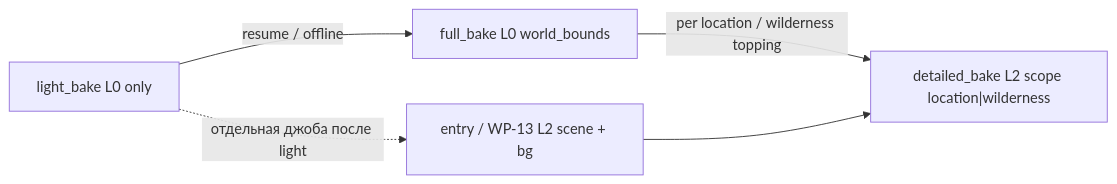
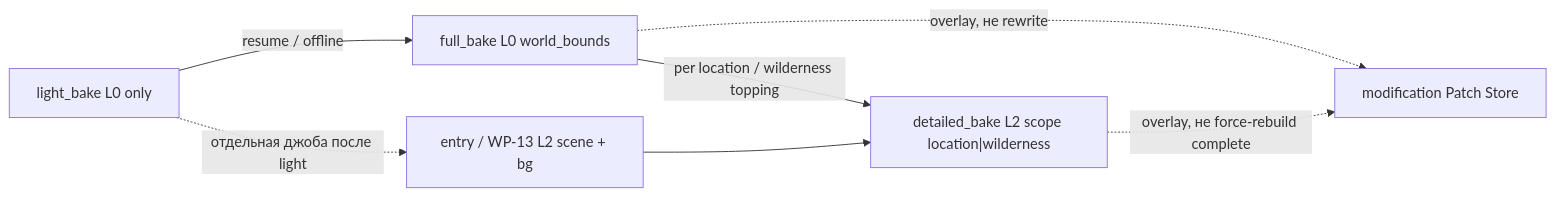
One commit to AndrewBondaren/AI-Project changed the third of 15 diagrams in docs/tz_world_pack_storage.md. Above: the diagram before and after it, drawn with Mermaid. The commit also changed other lines of this file and 5 other files, not shown here.

````diff
--- a/docs/tz_world_pack_storage.md
+++ b/docs/tz_world_pack_storage.md
@@ -354,11 +355,14 @@
 ```mermaid
 flowchart LR
   LB["light_bake L0 only"]
   FB["full_bake L0 world_bounds"]
   DB["detailed_bake L2 scope location|wilderness"]
   EJ["entry / WP-13 L2 scene + bg"]
+  MOD["modification Patch Store"]
   LB -->|"resume / offline"| FB
   LB -.->|"отдельная джоба после light"| EJ
   FB -->|"per location / wilderness topping"| DB
   EJ --> DB
+  FB -.->|"overlay, не rewrite"| MOD
+  DB -.->|"overlay, не force-rebuild complete"| MOD
 ```
````
